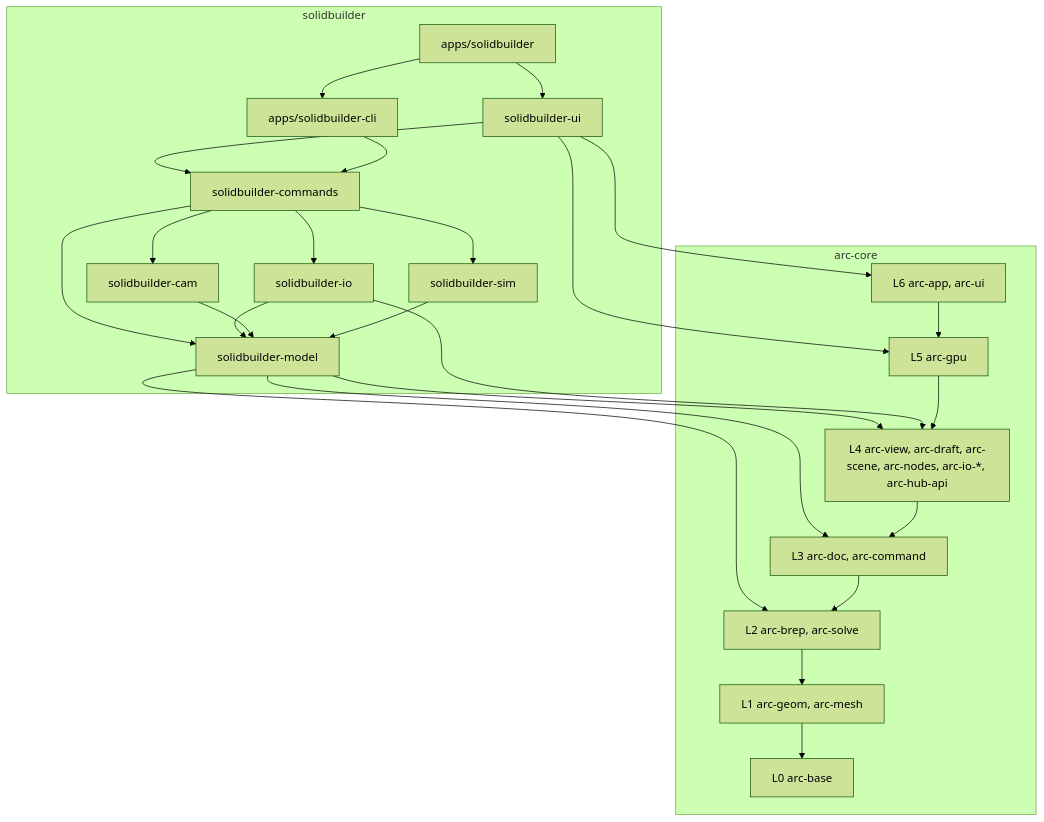
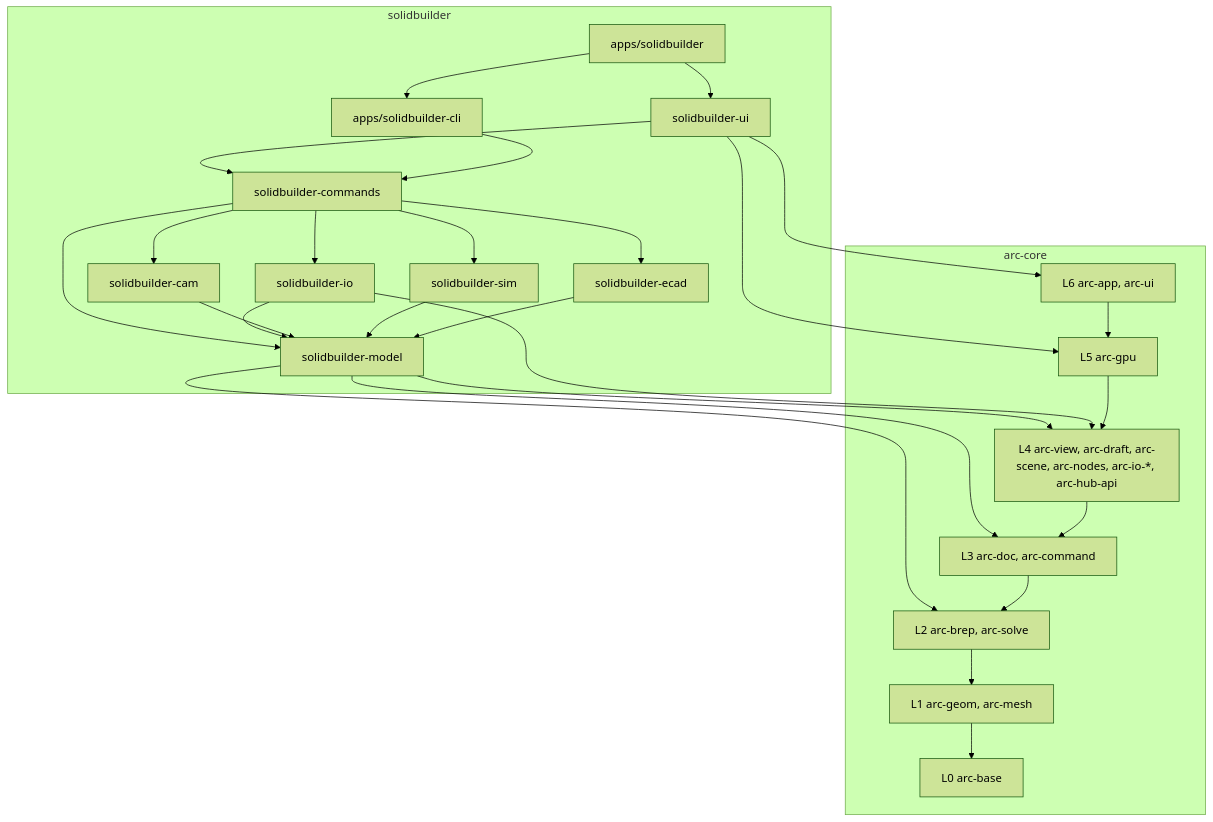
Before and after one commit to ACKaraca/solidbuilder: the first of 2 diagrams in docs/architecture/overview.md, drawn with Mermaid (forest theme). The commit also changed other lines of this file and 20 other files, not shown here.

````diff
--- a/docs/architecture/overview.md
+++ b/docs/architecture/overview.md
@@ -25,40 +26,43 @@
 ```mermaid
 flowchart TB
   subgraph sb[solidbuilder]
     app[apps/solidbuilder]
     cli[apps/solidbuilder-cli]
     ui[solidbuilder-ui]
     cmd[solidbuilder-commands]
     model[solidbuilder-model]
     io[solidbuilder-io]
     cam[solidbuilder-cam]
     sim[solidbuilder-sim]
+    ecad[solidbuilder-ecad]
   end
   subgraph core[arc-core]
     l6[L6 arc-app, arc-ui]
     l5[L5 arc-gpu]
     l4[L4 arc-view, arc-draft, arc-scene, arc-nodes, arc-io-*, arc-hub-api]
     l3[L3 arc-doc, arc-command]
     l2[L2 arc-brep, arc-solve]
     l1[L1 arc-geom, arc-mesh]
     l0[L0 arc-base]
   end
   app --> ui
   app --> cli
   ui --> cmd
   cli --> cmd
   cmd --> model
   cmd --> io
   cmd --> cam
   cmd --> sim
+  cmd --> ecad
   io --> model
   cam --> model
   sim --> model
+  ecad --> model
   ui --> l6
   ui --> l5
   model --> l4
   model --> l3
   model --> l2
   io --> l4
   l6 --> l5 --> l4 --> l3 --> l2 --> l1 --> l0
 ```
````
